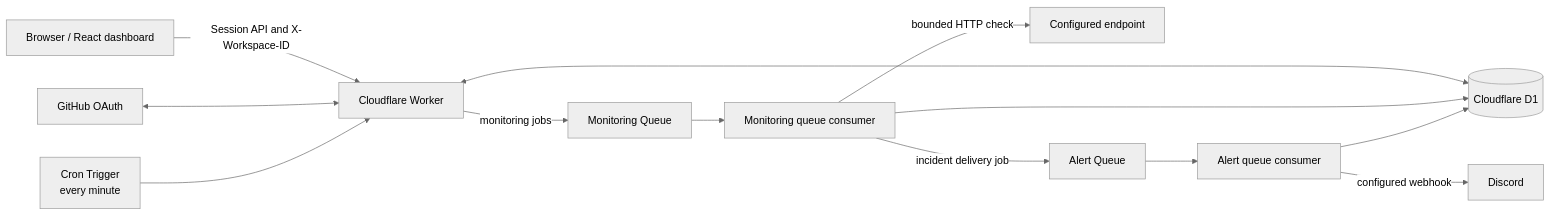
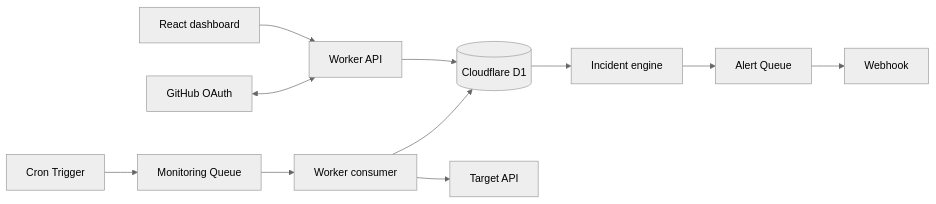
The diagram in README.md (Shwetank-Sinha/Endpoint-Sentinel), drawn with Mermaid (neutral theme) before and after one commit. The commit also changed other lines of this file and 1 other file, not shown here.

````diff
--- a/README.md
+++ b/README.md
@@ -97,15 +52,15 @@
 ```mermaid
 flowchart LR
-    B[Browser / React dashboard] -->|Session API and X-Workspace-ID| W[Cloudflare Worker]
-    G[GitHub OAuth] <--> W
-    W <--> D[(Cloudflare D1)]
-    C[Cron Trigger<br/>every minute] --> W
-    W -->|monitoring jobs| MQ[Monitoring Queue]
-    MQ --> MC[Monitoring queue consumer]
-    MC -->|bounded HTTP check| T[Configured endpoint]
-    MC --> D
-    MC -->|incident delivery job| AQ[Alert Queue]
-    AQ --> AC[Alert queue consumer]
-    AC -->|configured webhook| WH[Discord]
-    AC --> D
+    UI[React dashboard] --> API[Worker API]
+    Auth[GitHub OAuth] <--> API
+    API --> D1[(Cloudflare D1)]
+
+    Cron[Cron Trigger] --> MQ[Monitoring Queue]
+    MQ --> Worker[Worker consumer]
+    Worker --> Target[Target API]
+    Worker --> D1
+
+    D1 --> Incident[Incident engine]
+    Incident --> AQ[Alert Queue]
+    AQ --> Hook[Webhook]
 ```
````
